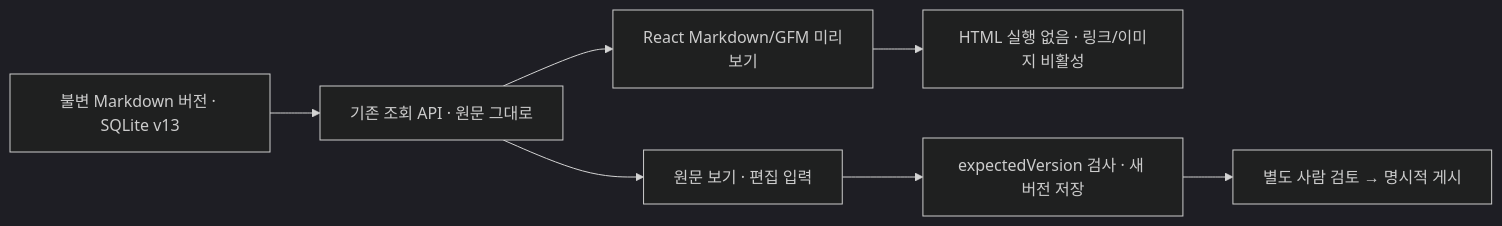
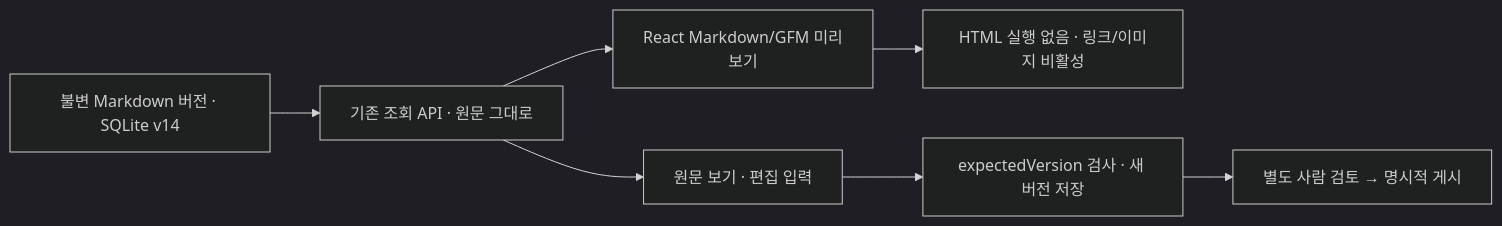
One commit to thisisnew/dougle changed the seventh of 7 diagrams in docs/design-map.md. Above: the diagram before and after it, drawn with Mermaid (dark theme). The commit also changed other lines of this file and 29 other files, not shown here.

````diff
--- a/docs/design-map.md
+++ b/docs/design-map.md
@@ -263,9 +266,9 @@
 ```mermaid
 flowchart LR
-  Version["불변 Markdown 버전 · SQLite v13"] --> API["기존 조회 API · 원문 그대로"]
+  Version["불변 Markdown 버전 · SQLite v14"] --> API["기존 조회 API · 원문 그대로"]
   API --> Preview["React Markdown/GFM 미리보기"]
   API --> Raw["원문 보기 · 편집 입력"]
   Preview --> Safe["HTML 실행 없음 · 링크/이미지 비활성"]
   Raw --> Save["expectedVersion 검사 · 새 버전 저장"]
   Save --> Review["별도 사람 검토 → 명시적 게시"]
 ```
````
